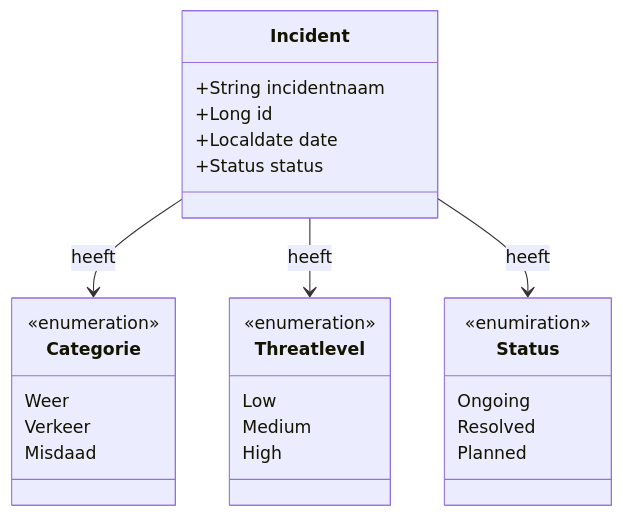
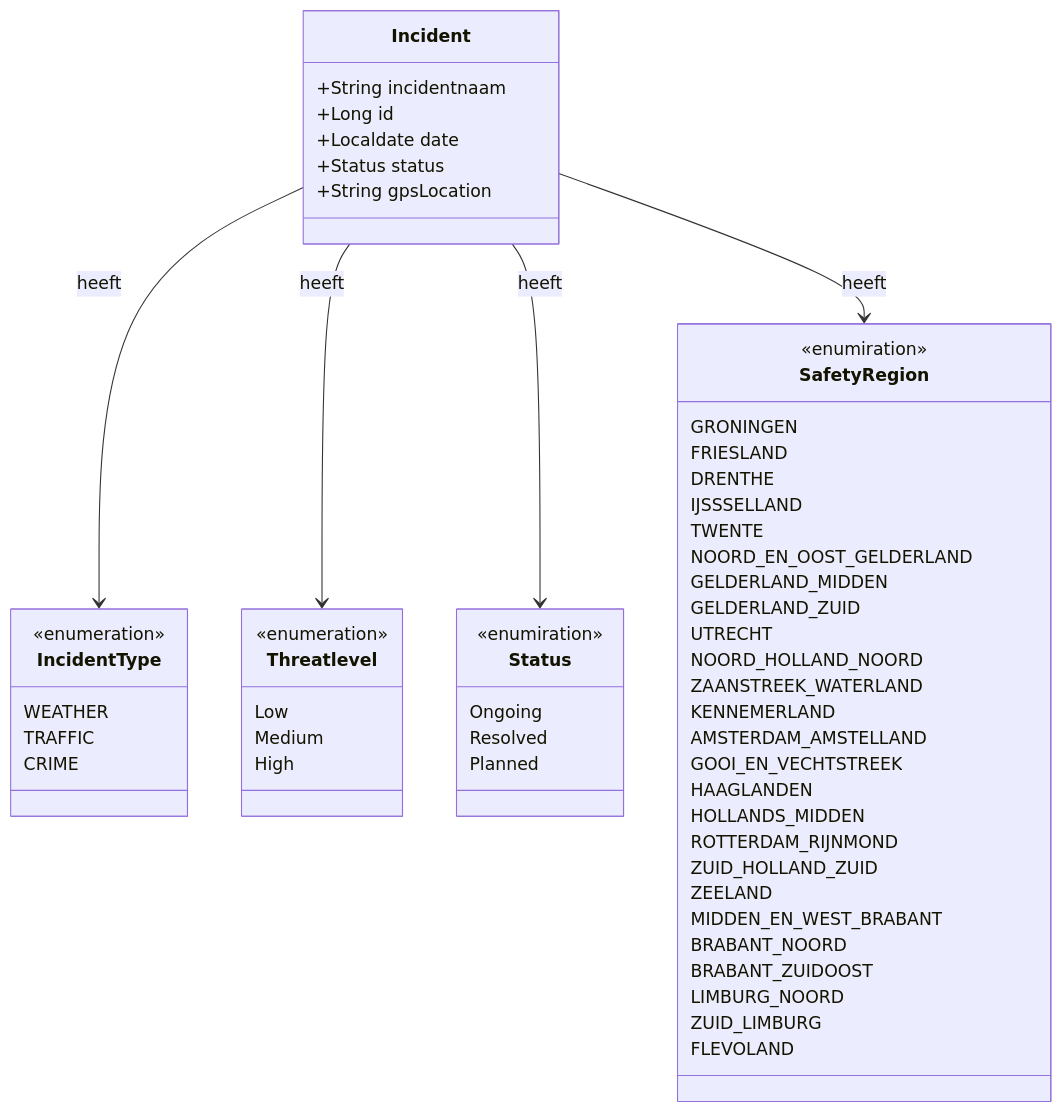
Before and after one commit to Broken-Lad/Smart-city-incident-response-platform: the diagram in documentatie/UML-diagram.md, drawn with Mermaid.

````diff
--- a/documentatie/UML-diagram.md
+++ b/documentatie/UML-diagram.md
@@ -1,34 +1,65 @@
 ```mermaid
 classDiagram
     class Incident {
         +String incidentnaam
         +Long id
         +Localdate date
         +Status status
+        +String gpsLocation
     }
 
-    class Categorie {
+    class IncidentType {
         <<enumeration>> 
-        Weer
-        Verkeer
-        Misdaad
+        WEATHER
+        TRAFFIC
+        CRIME
     }
 
     class Threatlevel {
         <<enumeration>>
         Low
         Medium
         High
     }
 
     class Status {
         <<enumiration>>
         Ongoing
         Resolved
         Planned
     }
 
-    Incident --> Categorie : heeft
+    class SafetyRegion {
+        <<enumiration>>
+        GRONINGEN
+        FRIESLAND
+        DRENTHE
+        IJSSSELLAND
+        TWENTE
+        NOORD_EN_OOST_GELDERLAND
+        GELDERLAND_MIDDEN
+        GELDERLAND_ZUID
+        UTRECHT
+        NOORD_HOLLAND_NOORD
+        ZAANSTREEK_WATERLAND
+        KENNEMERLAND
+        AMSTERDAM_AMSTELLAND
+        GOOI_EN_VECHTSTREEK
+        HAAGLANDEN
+        HOLLANDS_MIDDEN
+        ROTTERDAM_RIJNMOND
+        ZUID_HOLLAND_ZUID
+        ZEELAND
+        MIDDEN_EN_WEST_BRABANT
+        BRABANT_NOORD
+        BRABANT_ZUIDOOST
+        LIMBURG_NOORD
+        ZUID_LIMBURG
+        FLEVOLAND
+    }
+
+    Incident --> IncidentType : heeft
     Incident --> Threatlevel : heeft
     Incident --> Status : heeft
+    Incident --> SafetyRegion : heeft
 ```
````
